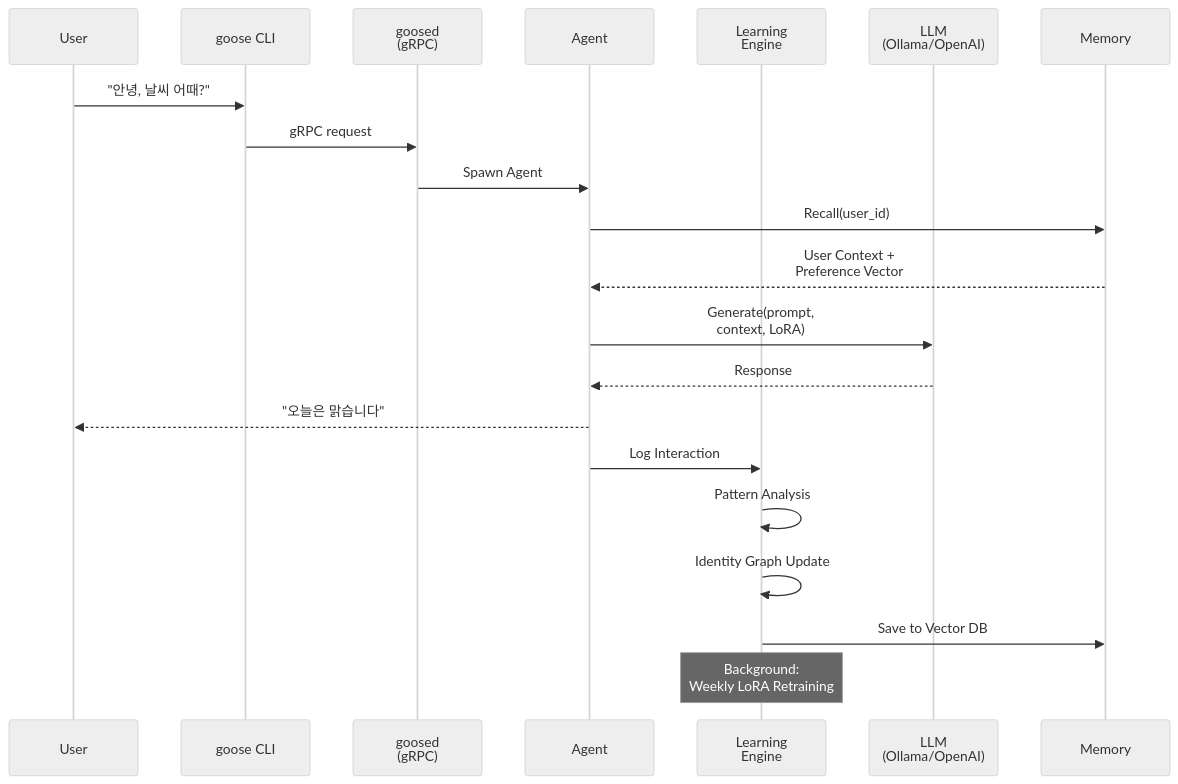
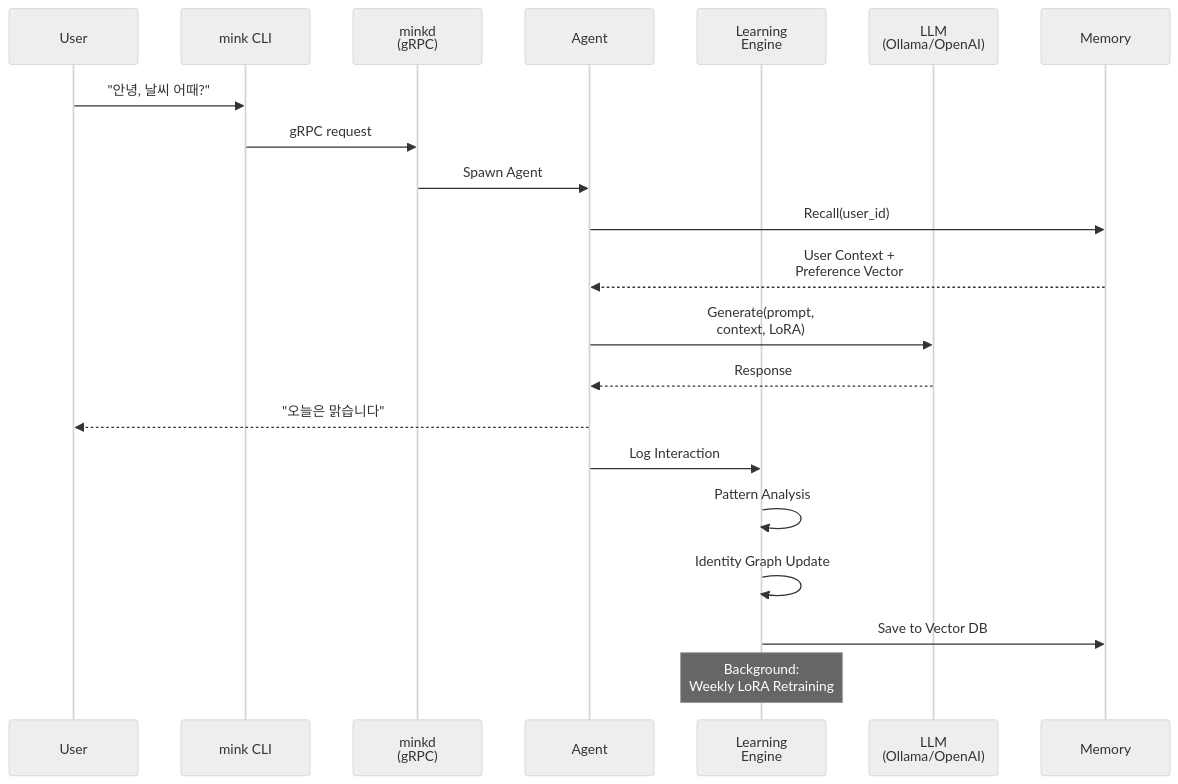
One commit to modu-ai/mink changed the fourth of 5 diagrams in .moai/project/structure.md. Above: the diagram before and after it, drawn with Mermaid (neutral theme). The commit also changed other lines of this file and 9 other files, not shown here.

````diff
--- a/.moai/project/structure.md
+++ b/.moai/project/structure.md
@@ -883,24 +871,24 @@
 ```mermaid
 sequenceDiagram
     participant U as User
-    participant C as goose CLI
-    participant D as goosed<br/>(gRPC)
+    participant C as mink CLI
+    participant D as minkd<br/>(gRPC)
     participant A as Agent
     participant L as Learning<br/>Engine
     participant LLM as LLM<br/>(Ollama/OpenAI)
     participant M as Memory
     
     U->>C: "안녕, 날씨 어때?"
     C->>D: gRPC request
     D->>A: Spawn Agent
     A->>M: Recall(user_id)
     M-->>A: User Context +<br/>Preference Vector
     A->>LLM: Generate(prompt,<br/>context, LoRA)
     LLM-->>A: Response
     A-->>U: "오늘은 맑습니다"
     A->>L: Log Interaction
     L->>L: Pattern Analysis
     L->>L: Identity Graph Update
     L->>M: Save to Vector DB
     Note over L: Background:<br/>Weekly LoRA Retraining
 ```
````
